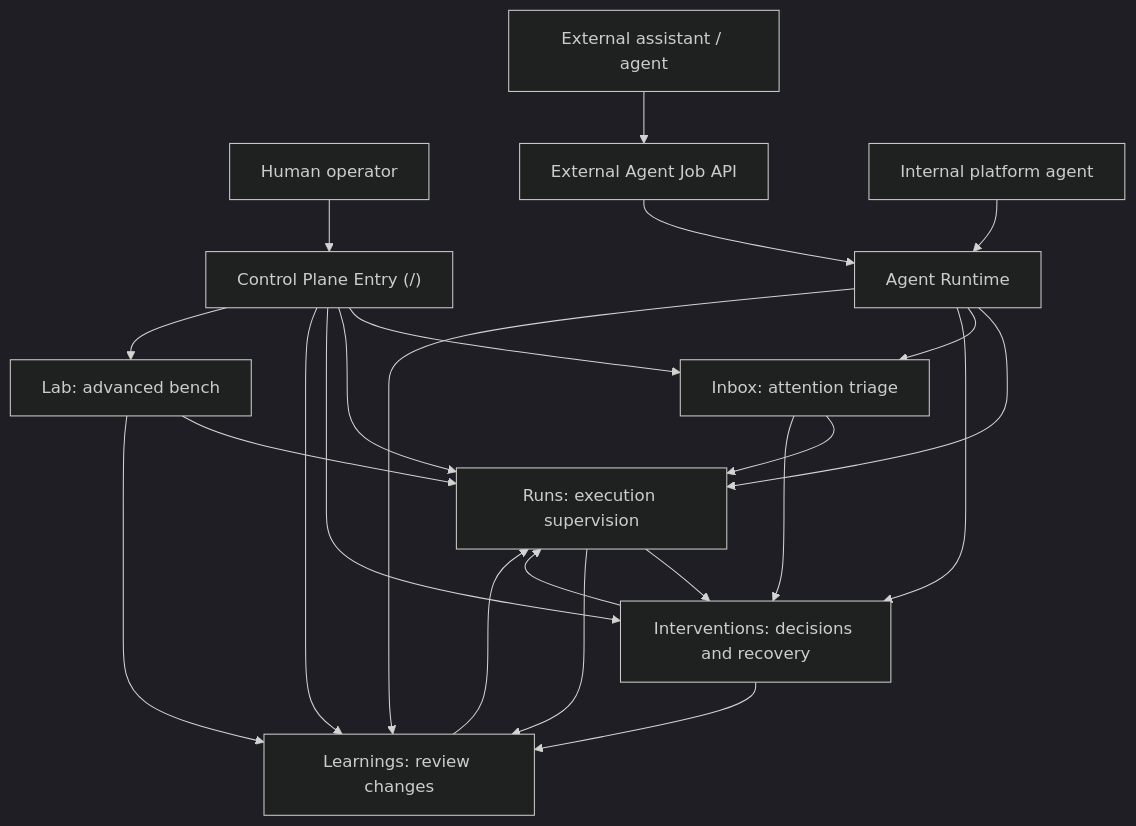
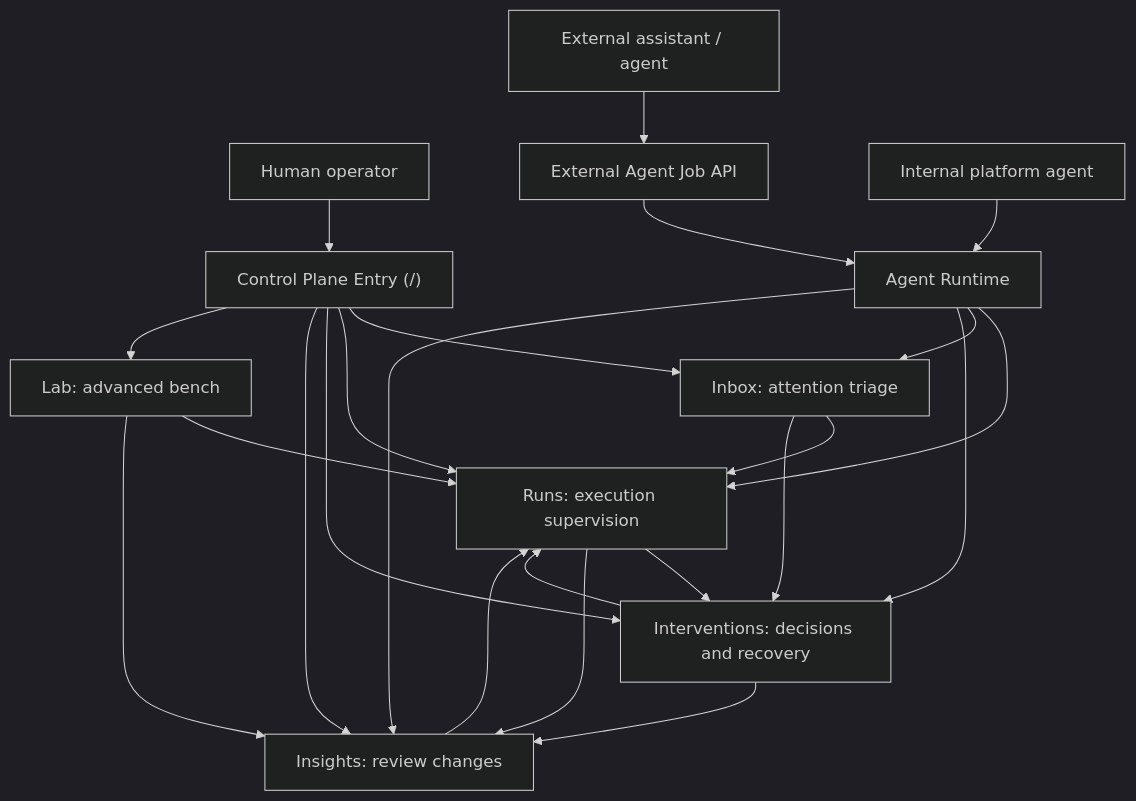
The first of 3 diagrams in docs/ux-flow-schema.md (ai-knowledge-hub/deep-dive-analysis-agentic-commerce-augmentation), drawn with Mermaid (dark theme) before and after one commit. The commit also changed other lines of this file and 10 other files, not shown here.

````diff
--- a/docs/ux-flow-schema.md
+++ b/docs/ux-flow-schema.md
@@ -31,28 +31,28 @@
 ```mermaid
 flowchart TD
     Human["Human operator"] --> Entry["Control Plane Entry (/)" ]
     ExternalAgent["External assistant / agent"] --> ExternalAPI["External Agent Job API"]
     InternalAgent["Internal platform agent"] --> Runtime["Agent Runtime"]
 
     Entry --> Inbox["Inbox: attention triage"]
     Entry --> Runs["Runs: execution supervision"]
     Entry --> Interventions["Interventions: decisions and recovery"]
-    Entry --> Learnings["Learnings: review changes"]
+    Entry --> Insights["Insights: review changes"]
     Entry --> Lab["Lab: advanced bench"]
 
     ExternalAPI --> Runtime
     Runtime --> Runs
     Runtime --> Inbox
     Runtime --> Interventions
-    Runtime --> Learnings
+    Runtime --> Insights
 
     Inbox --> Runs
     Inbox --> Interventions
     Runs --> Interventions
-    Runs --> Learnings
+    Runs --> Insights
     Interventions --> Runs
-    Interventions --> Learnings
-    Learnings --> Runs
+    Interventions --> Insights
+    Insights --> Runs
     Lab --> Runs
-    Lab --> Learnings
+    Lab --> Insights
 ```
````
